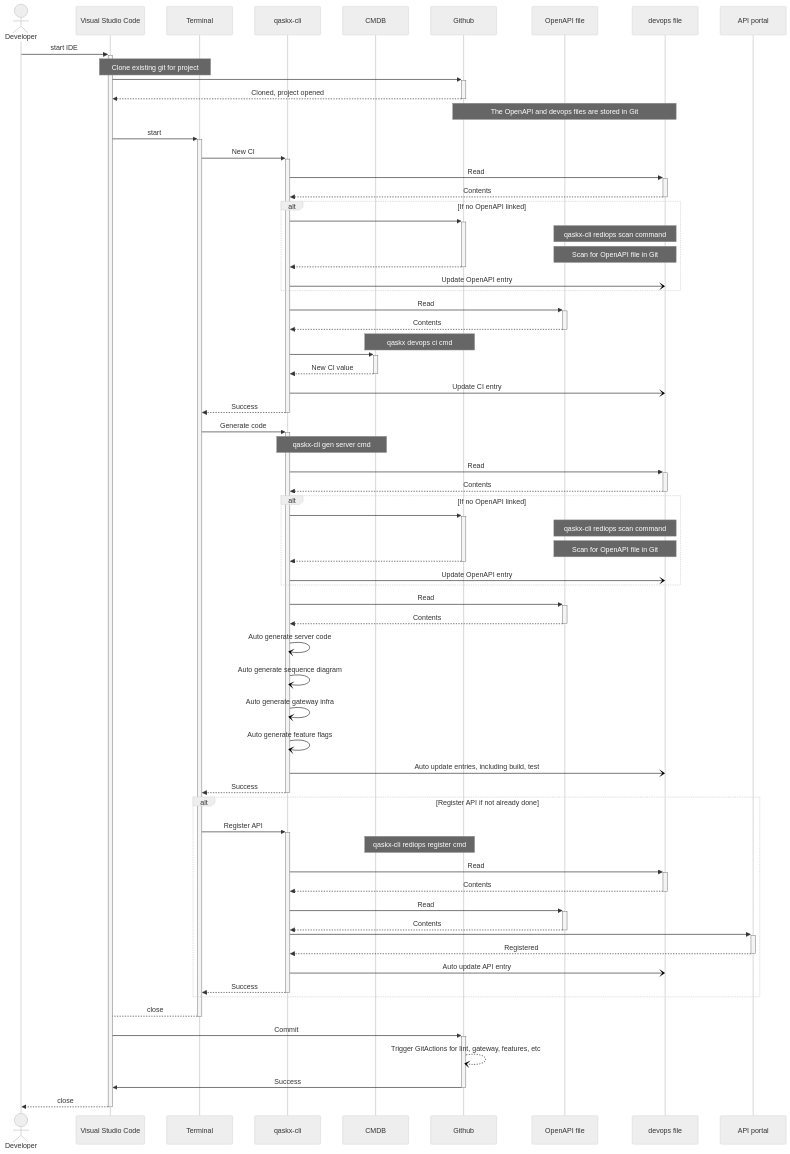
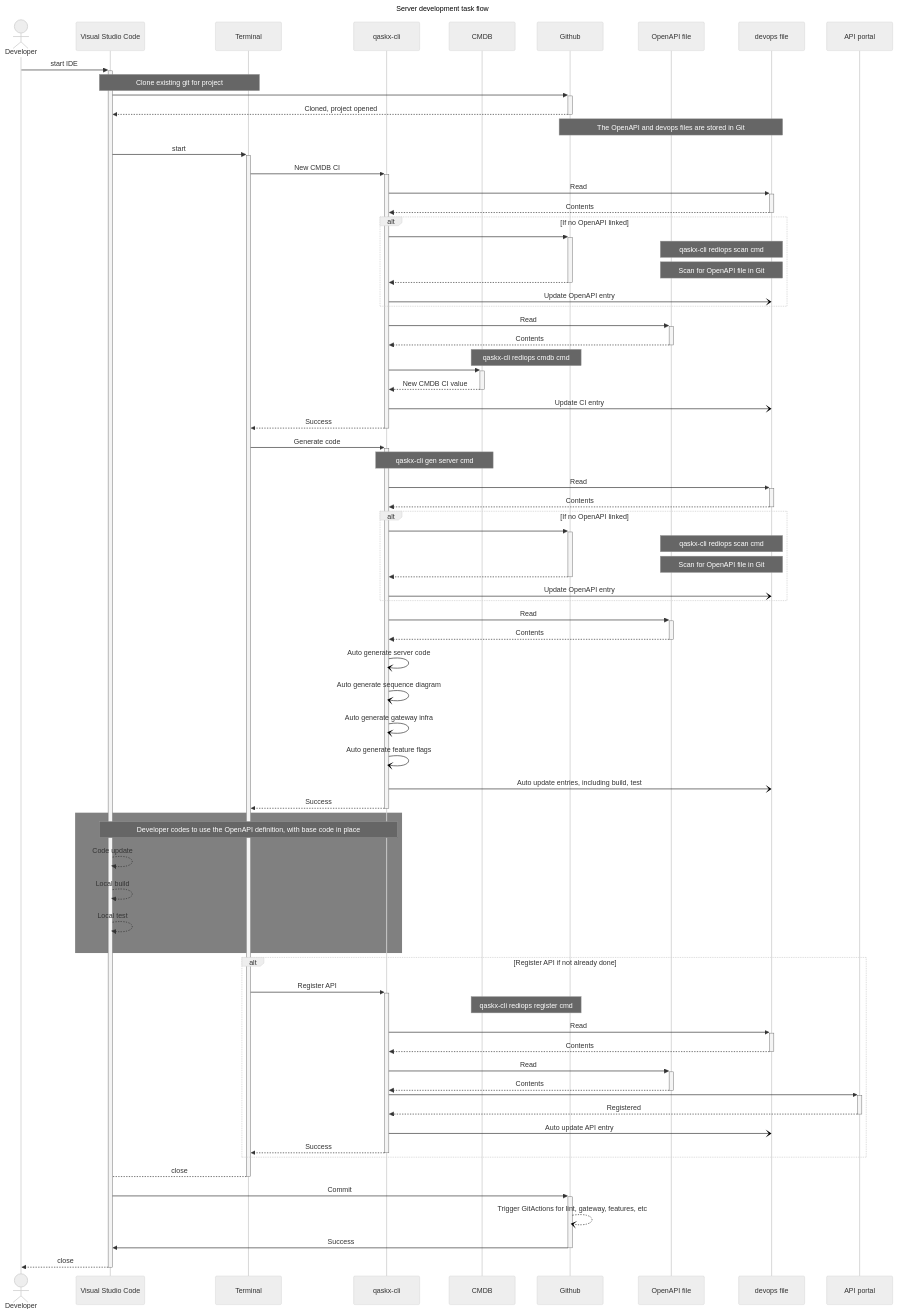
One commit to meerkat-manor/rediOps changed the first of 2 diagrams in docs/developer_server_start.md. Above: the diagram before and after it, drawn with Mermaid (neutral theme). The commit also changed other lines of this file and 6 other files, not shown here.

````diff
--- a/docs/developer_server_start.md
+++ b/docs/developer_server_start.md
@@ -29,5 +29,7 @@
 ```mermaid
-
+---
+title: Server development task flow
+---
 sequenceDiagram
 
     actor dev as Developer
@@ -50,13 +52,13 @@
     Note over git, devops: The OpenAPI and devops files are stored in Git
 
     vsc ->>+ term: start
-    term ->>+ qaskx: New CI
+    term ->>+ qaskx: New CMDB CI
     qaskx ->>+ devops: Read 
     devops -->>- qaskx: Contents
 
     alt If no OpenAPI linked
     qaskx ->>+ git:  
-    Note over oas3f, devops: qaskx-cli rediops scan command
+    Note over oas3f, devops: qaskx-cli rediops scan cmd
     Note over oas3f, devops: Scan for OpenAPI file in Git
     git -->>- qaskx: 
     qaskx -) devops: Update OpenAPI entry
@@ -64,9 +66,9 @@
 
     qaskx ->>+ oas3f: Read 
     oas3f -->>- qaskx: Contents
-    Note over cmdb, git: qaskx devops ci cmd
+    Note over cmdb, git: qaskx-cli rediops cmdb cmd
     qaskx ->>+ cmdb: 
-    cmdb -->>- qaskx: New CI value
+    cmdb -->>- qaskx: New CMDB CI value
     qaskx -) devops: Update CI entry
     qaskx -->>- term: Success
 
@@ -77,7 +79,7 @@
 
     alt If no OpenAPI linked
     qaskx ->>+ git:  
-    Note over oas3f, devops: qaskx-cli rediops scan command
+    Note over oas3f, devops: qaskx-cli rediops scan cmd
     Note over oas3f, devops: Scan for OpenAPI file in Git
     git -->>- qaskx: 
     qaskx -) devops: Update OpenAPI entry
@@ -92,6 +94,13 @@
     qaskx -) devops: Auto update entries, including build, test
     qaskx -->>- term: Success
 
+    rect grey
+    Note over vsc, qaskx: Developer codes to use the OpenAPI definition, with base code in place
+    vsc -->> vsc: Code update
+    vsc -->> vsc: Local build
+    vsc -->> vsc: Local test
+    end 
+    
     alt Register API if not already done
 
     term ->>+ qaskx: Register API
````
